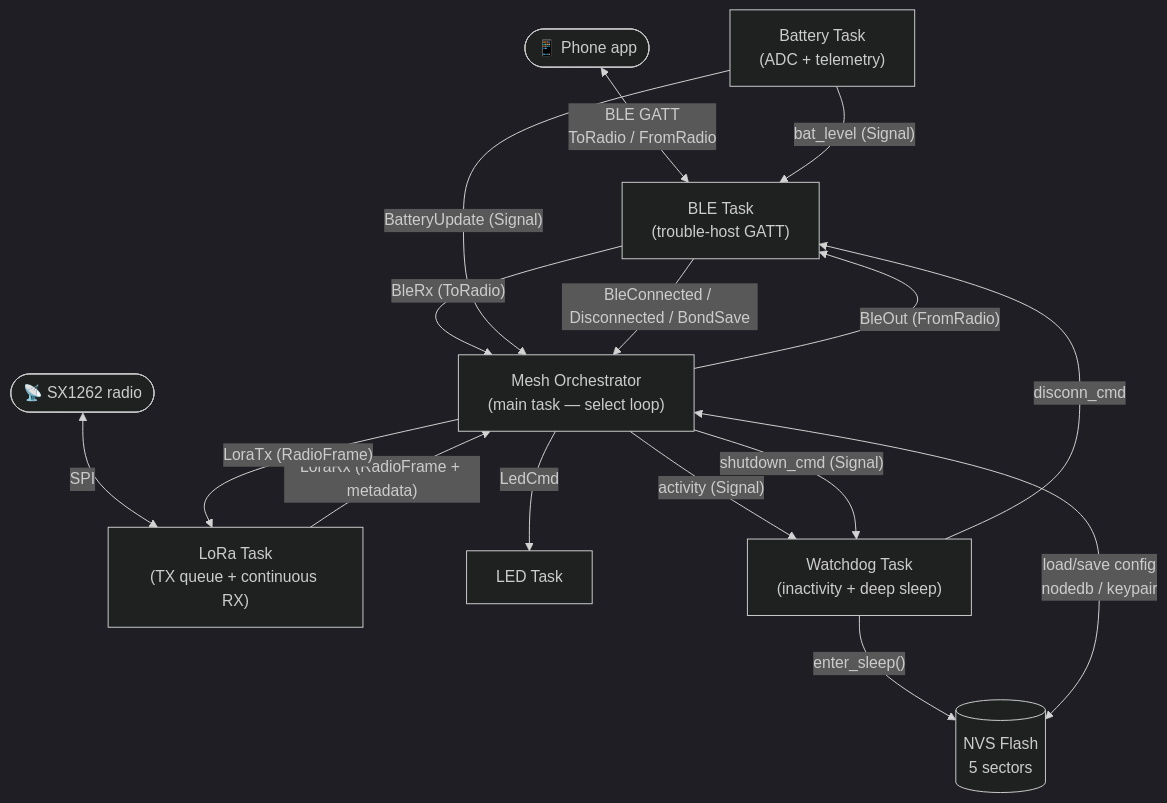
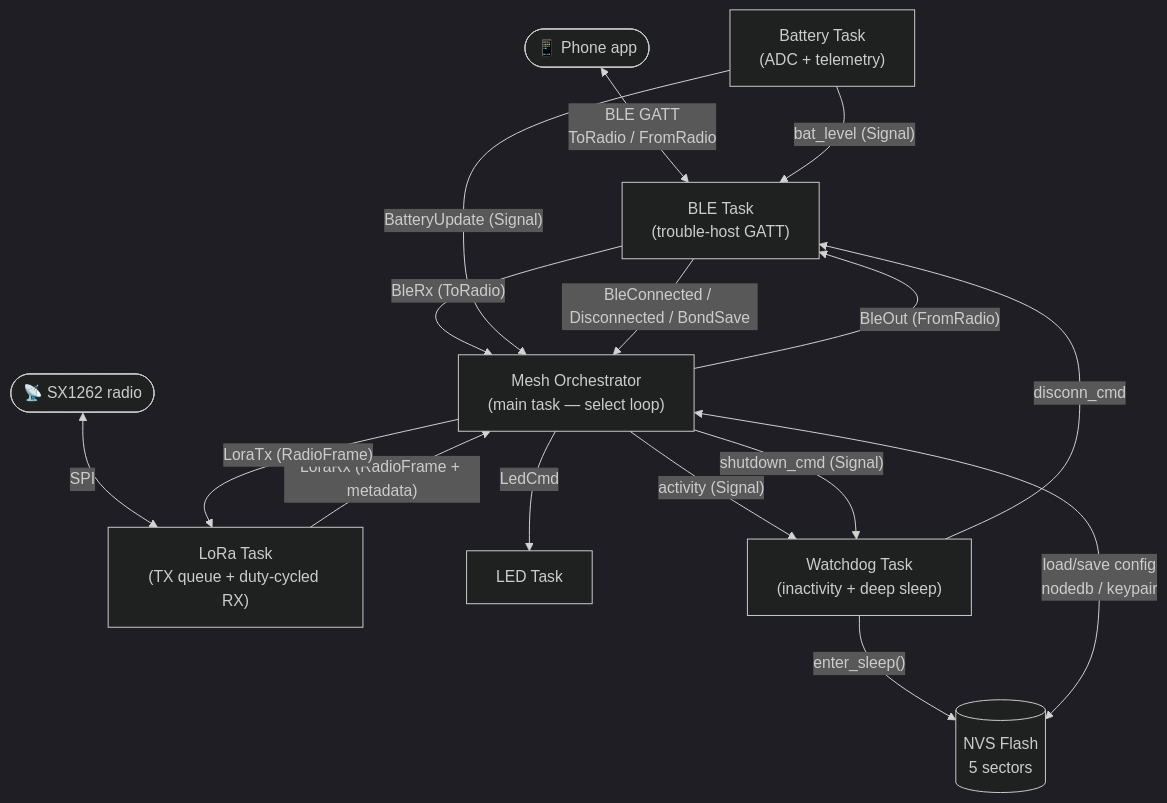
One commit to psytraxx/meshtastenstein-rs changed the first of 6 diagrams in README.md. Above: the diagram before and after it, drawn with Mermaid (dark theme). The commit also changed other lines of this file and 4 other files, not shown here.

````diff
--- a/README.md
+++ b/README.md
@@ -113,30 +113,30 @@
 ```mermaid
 graph TD
     PHONE(["📱 Phone app"])
     HW(["📡 SX1262 radio"])
 
     BLE["BLE Task<br/>(trouble-host GATT)"]
     MESH["Mesh Orchestrator<br/>(main task — select loop)"]
-    LORA["LoRa Task<br/>(TX queue + continuous RX)"]
+    LORA["LoRa Task<br/>(TX queue + duty-cycled RX)"]
     LED["LED Task"]
     BAT["Battery Task<br/>(ADC + telemetry)"]
     WD["Watchdog Task<br/>(inactivity + deep sleep)"]
     NVS[("NVS Flash<br/>5 sectors")]
 
     PHONE <-->|"BLE GATT<br/>ToRadio / FromRadio"| BLE
     HW <-->|"SPI"| LORA
 
     BLE -->|"BleRx (ToRadio)"| MESH
     MESH -->|"BleOut (FromRadio)"| BLE
     LORA -->|"LoraRx (RadioFrame + metadata)"| MESH
     MESH -->|"LoraTx (RadioFrame)"| LORA
     MESH -->|"LedCmd"| LED
     BAT -->|"BatteryUpdate (Signal)"| MESH
     BAT -->|"bat_level (Signal)"| BLE
     BLE -->|"BleConnected / Disconnected / BondSave"| MESH
     WD -->|"disconn_cmd"| BLE
     MESH -->|"activity (Signal)"| WD
     MESH -->|"shutdown_cmd (Signal)"| WD
     WD -->|"enter_sleep()"| NVS
     MESH <-->|"load/save config<br/>nodedb / keypair"| NVS
 ```
````
